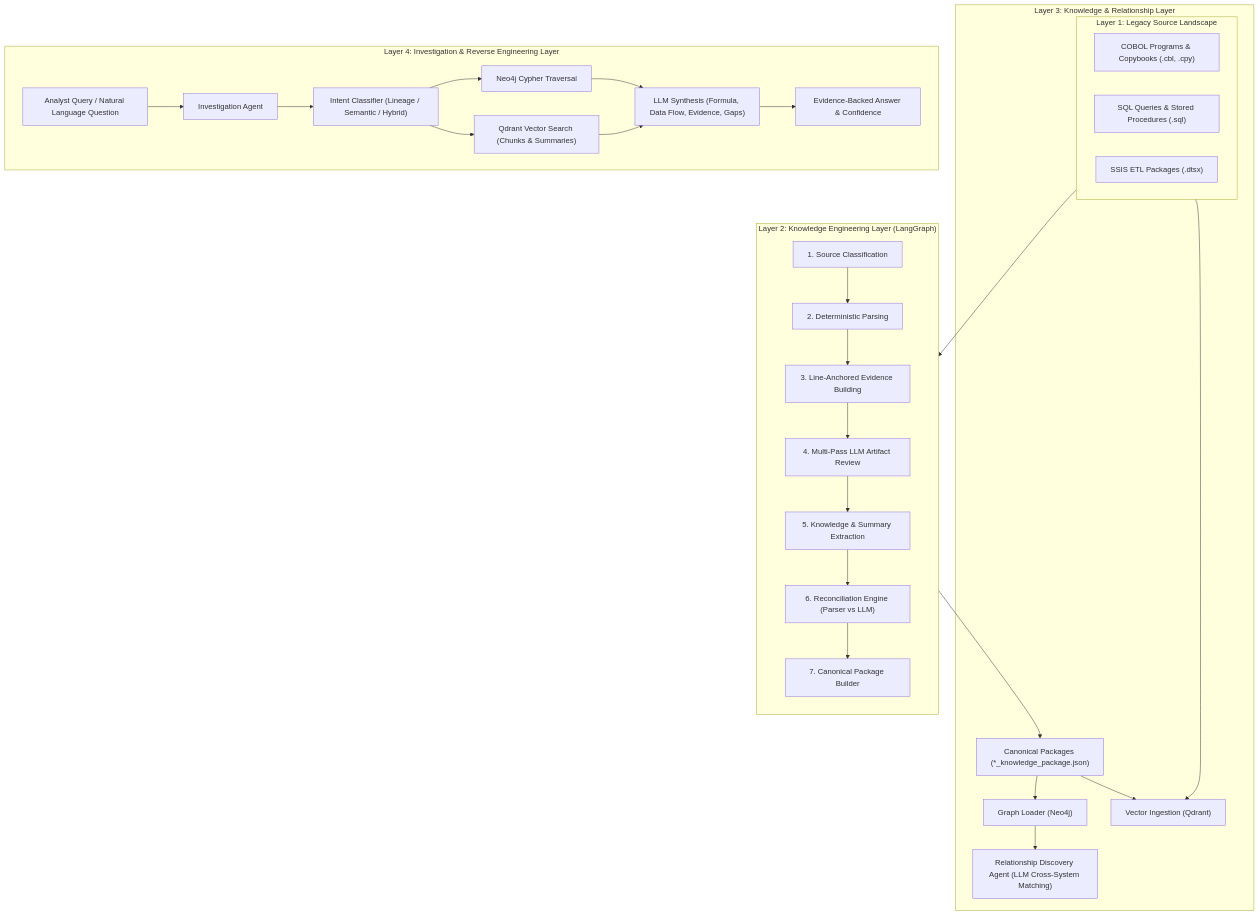
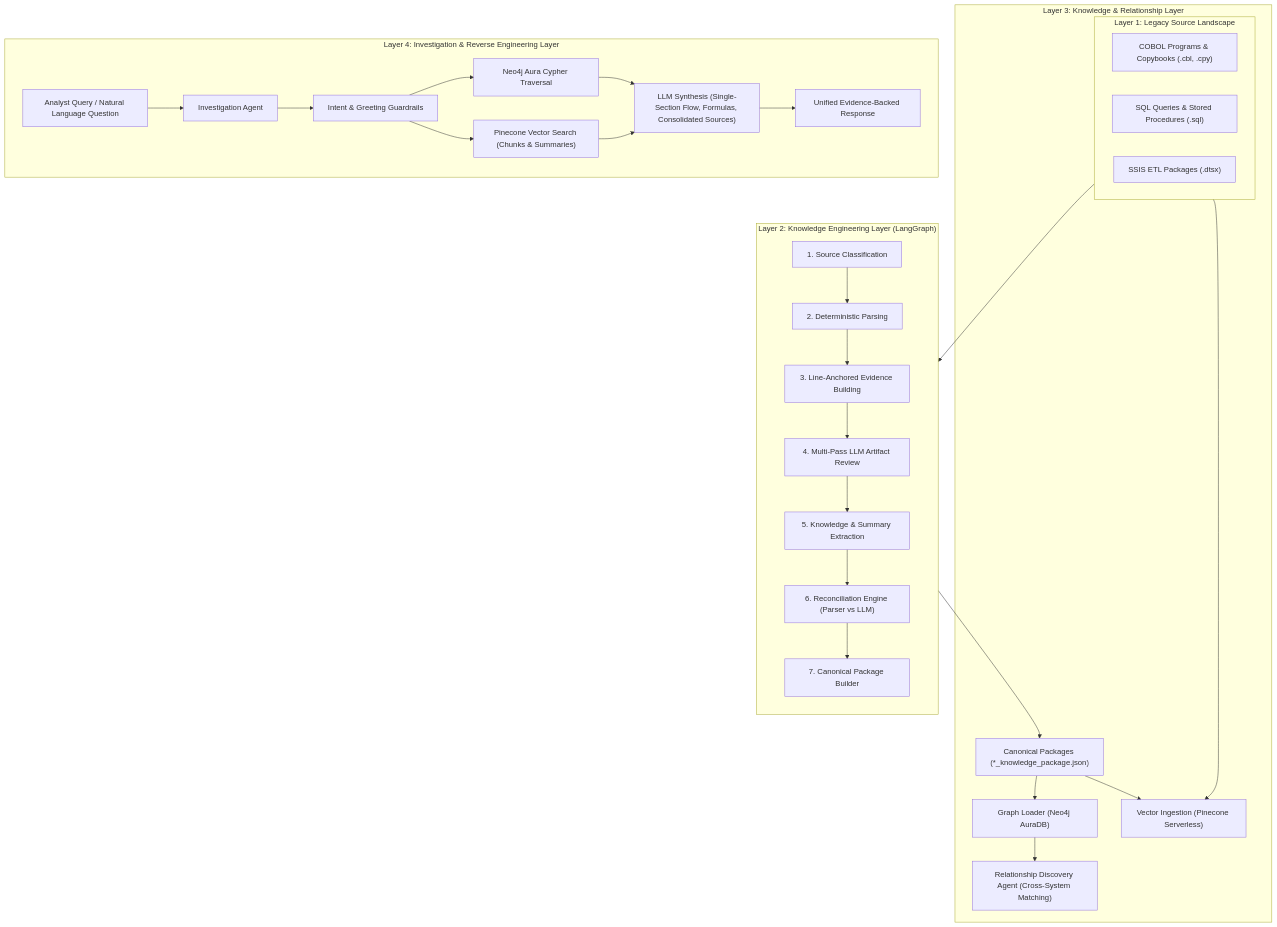
One commit to swathi-gunasekaran05/KAIRIX changed the diagram in README.md. Above: the diagram before and after it, drawn with Mermaid. The commit also changed other lines of this file, not shown here.

Commit message:
docs: update README with Pinecone, Neo4j Aura, single-section layout, and test suite

````diff
--- a/README.md
+++ b/README.md
@@ -11,38 +11,38 @@
 ```mermaid
 flowchart TD
     subgraph L1["Layer 1: Legacy Source Landscape"]
         CBL["COBOL Programs & Copybooks (.cbl, .cpy)"]
         SQL["SQL Queries & Stored Procedures (.sql)"]
         SSIS["SSIS ETL Packages (.dtsx)"]
     end
 
     subgraph L2["Layer 2: Knowledge Engineering Layer (LangGraph)"]
         direction TB
         N1["1. Source Classification"] --> N2["2. Deterministic Parsing"]
         N2 --> N3["3. Line-Anchored Evidence Building"]
         N3 --> N4["4. Multi-Pass LLM Artifact Review"]
         N4 --> N5["5. Knowledge & Summary Extraction"]
         N5 --> N6["6. Reconciliation Engine (Parser vs LLM)"]
         N6 --> N7["7. Canonical Package Builder"]
     end
 
     subgraph L3["Layer 3: Knowledge & Relationship Layer"]
-        KP["Canonical Packages (*_knowledge_package.json)"] --> GL["Graph Loader (Neo4j)"]
-        GL --> RDA["Relationship Discovery Agent (LLM Cross-System Matching)"]
-        KP --> VI["Vector Ingestion (Qdrant)"]
+        KP["Canonical Packages (*_knowledge_package.json)"] --> GL["Graph Loader (Neo4j AuraDB)"]
+        GL --> RDA["Relationship Discovery Agent (Cross-System Matching)"]
+        KP --> VI["Vector Ingestion (Pinecone Serverless)"]
         L1 --> VI
     end
 
     subgraph L4["Layer 4: Investigation & Reverse Engineering Layer"]
         Q["Analyst Query / Natural Language Question"] --> IA["Investigation Agent"]
-        IA --> INT["Intent Classifier (Lineage / Semantic / Hybrid)"]
-        INT --> N4J["Neo4j Cypher Traversal"]
-        INT --> QD["Qdrant Vector Search (Chunks & Summaries)"]
-        N4J --> SYN["LLM Synthesis (Formula, Data Flow, Evidence, Gaps)"]
-        QD --> SYN
-        SYN --> ANS["Evidence-Backed Answer & Confidence"]
+        IA --> INT["Intent & Greeting Guardrails"]
+        INT --> N4J["Neo4j Aura Cypher Traversal"]
+        INT --> PC["Pinecone Vector Search (Chunks & Summaries)"]
+        N4J --> SYN["LLM Synthesis (Single-Section Flow, Formulas, Consolidated Sources)"]
+        PC --> SYN
+        SYN --> ANS["Unified Evidence-Backed Response"]
     end
 
     L1 --> N1
     N7 --> KP
 ```
````
